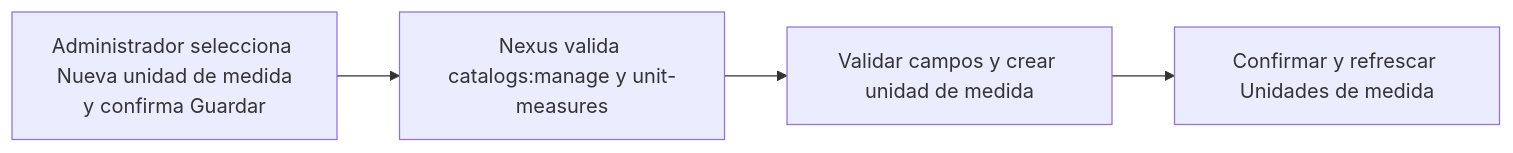
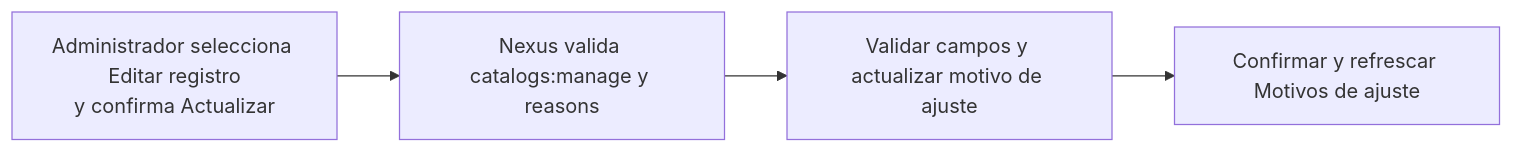
Before and after one commit to gpgsistemas01/nexus: the diagram in docs/requirements/diagrams/catalogs/cu-cat-41.md, drawn with Mermaid. The commit also changed other lines of this file and 126 other files, not shown here.

````diff
--- a/docs/requirements/diagrams/catalogs/cu-cat-41.md
+++ b/docs/requirements/diagrams/catalogs/cu-cat-41.md
@@ -3,6 +3,6 @@
 ```mermaid
 flowchart LR
-    request["Administrador selecciona Nueva unidad de medida<br/>y confirma Guardar"] --> authorize["Nexus valida catalogs:manage y unit-measures"]
-    authorize --> persist["Validar campos y crear unidad de medida"]
-    persist --> result["Confirmar y refrescar Unidades de medida"]
+    request["Administrador selecciona Editar registro<br/>y confirma Actualizar"] --> authorize["Nexus valida catalogs:manage y reasons"]
+    authorize --> persist["Validar campos y actualizar motivo de ajuste"]
+    persist --> result["Confirmar y refrescar Motivos de ajuste"]
 ```
````
